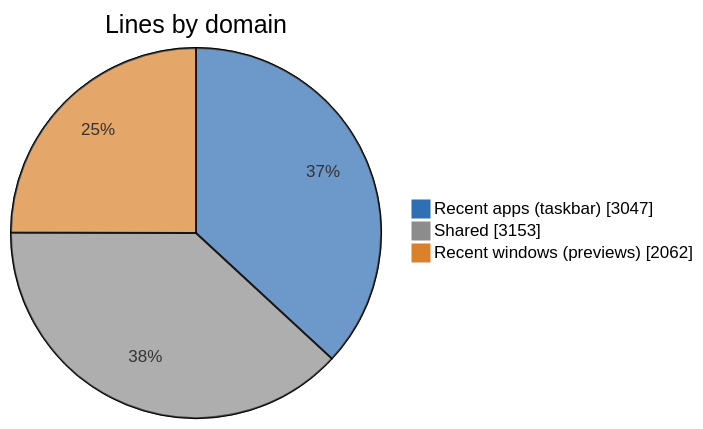
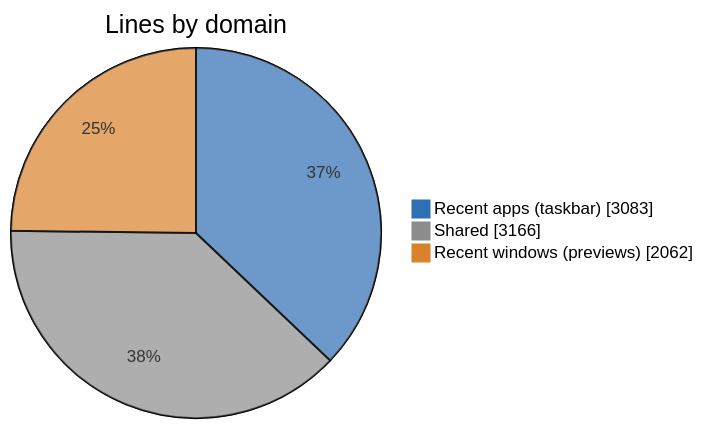
The first of 5 diagrams in doc/code/code-breakdown.md (jvlasek/taskbar-recent-focus-highlight), drawn with Mermaid before and after one commit. The commit also changed other lines of this file and 9 other files, not shown here.

````diff
--- a/doc/code/code-breakdown.md
+++ b/doc/code/code-breakdown.md
@@ -15,7 +15,7 @@
 ```mermaid
 %%{init: {"themeVariables": {"pie1": "#2F6FB3", "pie2": "#8C8C8C", "pie3": "#D9822B", "pieOuterStrokeWidth": "1px"}}}%%
 pie showData title Lines by domain
-    "Recent apps (taskbar)" : 3047
-    "Shared" : 3153
+    "Recent apps (taskbar)" : 3083
+    "Shared" : 3166
     "Recent windows (previews)" : 2062
 ```
````
